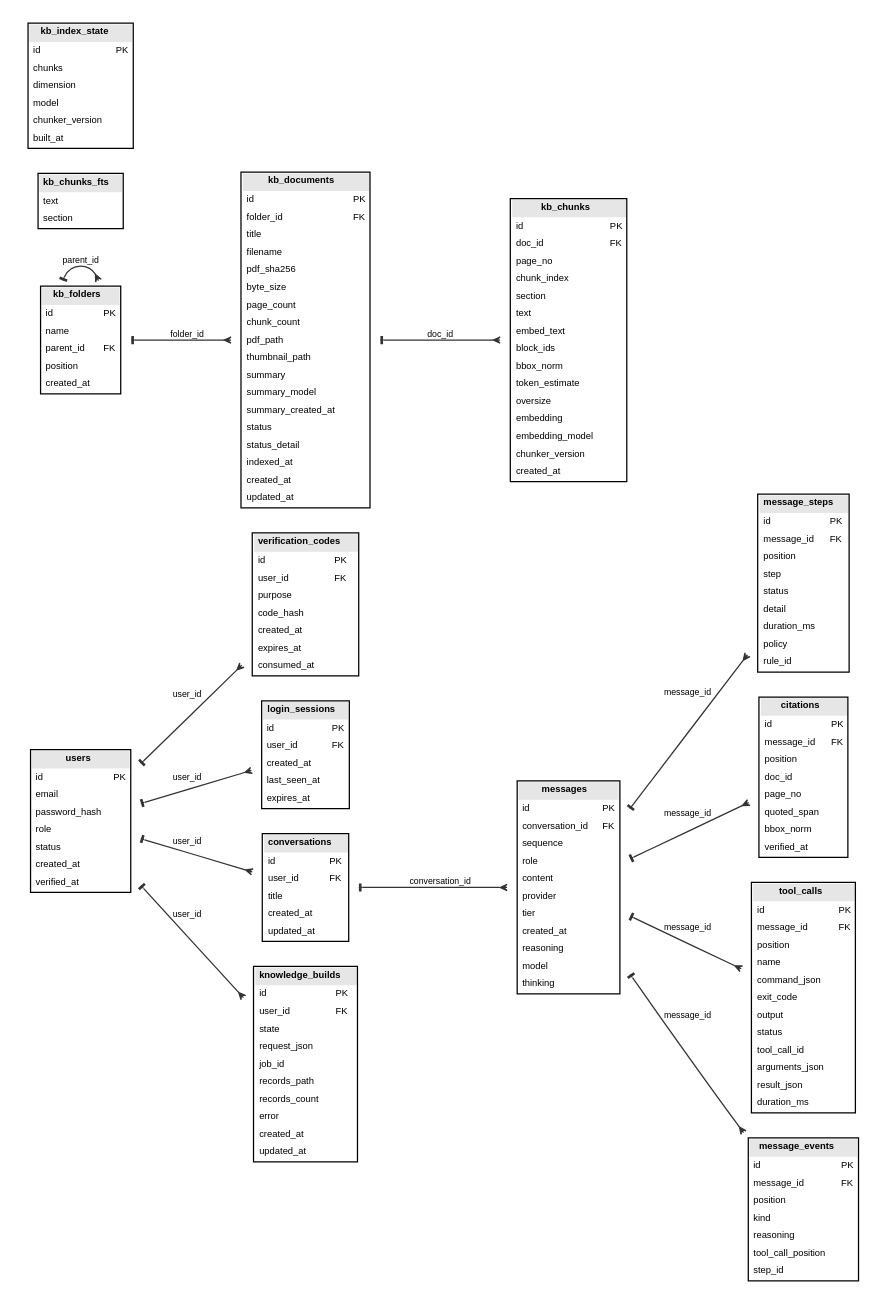
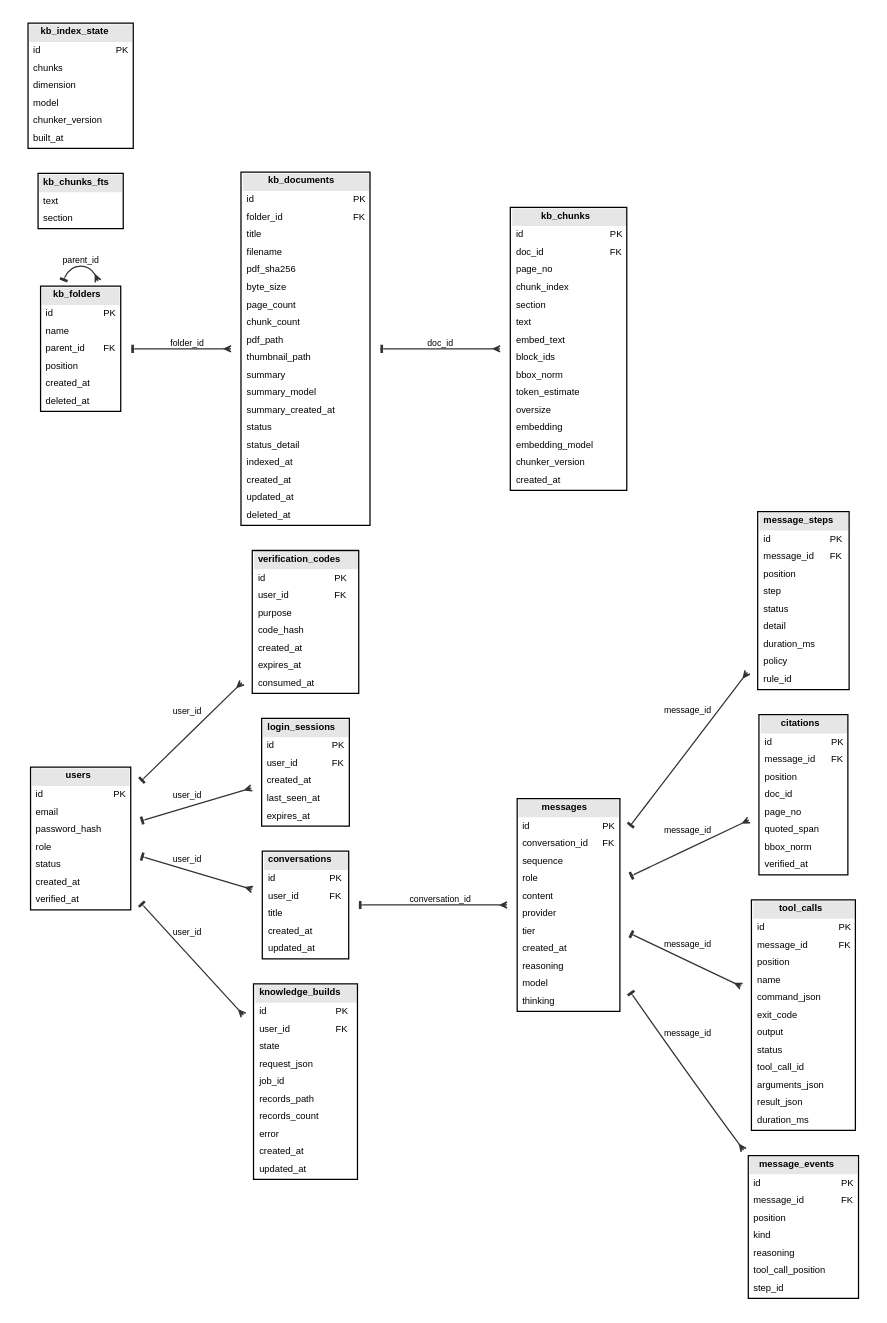
The diagram in docs/figures/physical-db.dot (Kane-LI-0114/verifiable-tutor), drawn with Graphviz before and after one commit. The commit also changed 20 other files, not shown here.

```diff
--- a/docs/figures/physical-db.dot
+++ b/docs/figures/physical-db.dot
@@ -1,193 +1,195 @@
 digraph physical_data_model {
   // Generated by scripts/build_data_model.py from the Storage schema; do not edit.
   graph [rankdir=LR, splines=true, nodesep=0.16, ranksep=0.52, fontname="Helvetica", fontsize=9,
          bgcolor="white", pad=0.10];
   node [fontname="Helvetica", fontsize=7.5, shape=plaintext];
   edge [fontname="Helvetica", fontsize=7, color="#333333", arrowsize=0.55,
         dir=both, arrowtail=tee, arrowhead=crow];
   // Physical SQLite schema. The logical model is docs/figures/prd-er.dot.
   users [label=<<TABLE BORDER="1" CELLBORDER="0" CELLSPACING="0" CELLPADDING="3" BGCOLOR="white">
       <TR><TD BGCOLOR="#e6e6e6" COLSPAN="2"><B>users</B></TD></TR>
       <TR><TD ALIGN="LEFT">id</TD><TD ALIGN="LEFT">PK</TD></TR>
       <TR><TD ALIGN="LEFT">email</TD><TD ALIGN="LEFT"></TD></TR>
       <TR><TD ALIGN="LEFT">password_hash</TD><TD ALIGN="LEFT"></TD></TR>
       <TR><TD ALIGN="LEFT">role</TD><TD ALIGN="LEFT"></TD></TR>
       <TR><TD ALIGN="LEFT">status</TD><TD ALIGN="LEFT"></TD></TR>
       <TR><TD ALIGN="LEFT">created_at</TD><TD ALIGN="LEFT"></TD></TR>
       <TR><TD ALIGN="LEFT">verified_at</TD><TD ALIGN="LEFT"></TD></TR>
     </TABLE>>];
   verification_codes [label=<<TABLE BORDER="1" CELLBORDER="0" CELLSPACING="0" CELLPADDING="3" BGCOLOR="white">
       <TR><TD BGCOLOR="#e6e6e6" COLSPAN="2"><B>verification_codes</B></TD></TR>
       <TR><TD ALIGN="LEFT">id</TD><TD ALIGN="LEFT">PK</TD></TR>
       <TR><TD ALIGN="LEFT">user_id</TD><TD ALIGN="LEFT">FK</TD></TR>
       <TR><TD ALIGN="LEFT">purpose</TD><TD ALIGN="LEFT"></TD></TR>
       <TR><TD ALIGN="LEFT">code_hash</TD><TD ALIGN="LEFT"></TD></TR>
       <TR><TD ALIGN="LEFT">created_at</TD><TD ALIGN="LEFT"></TD></TR>
       <TR><TD ALIGN="LEFT">expires_at</TD><TD ALIGN="LEFT"></TD></TR>
       <TR><TD ALIGN="LEFT">consumed_at</TD><TD ALIGN="LEFT"></TD></TR>
     </TABLE>>];
   login_sessions [label=<<TABLE BORDER="1" CELLBORDER="0" CELLSPACING="0" CELLPADDING="3" BGCOLOR="white">
       <TR><TD BGCOLOR="#e6e6e6" COLSPAN="2"><B>login_sessions</B></TD></TR>
       <TR><TD ALIGN="LEFT">id</TD><TD ALIGN="LEFT">PK</TD></TR>
       <TR><TD ALIGN="LEFT">user_id</TD><TD ALIGN="LEFT">FK</TD></TR>
       <TR><TD ALIGN="LEFT">created_at</TD><TD ALIGN="LEFT"></TD></TR>
       <TR><TD ALIGN="LEFT">last_seen_at</TD><TD ALIGN="LEFT"></TD></TR>
       <TR><TD ALIGN="LEFT">expires_at</TD><TD ALIGN="LEFT"></TD></TR>
     </TABLE>>];
   conversations [label=<<TABLE BORDER="1" CELLBORDER="0" CELLSPACING="0" CELLPADDING="3" BGCOLOR="white">
       <TR><TD BGCOLOR="#e6e6e6" COLSPAN="2"><B>conversations</B></TD></TR>
       <TR><TD ALIGN="LEFT">id</TD><TD ALIGN="LEFT">PK</TD></TR>
       <TR><TD ALIGN="LEFT">user_id</TD><TD ALIGN="LEFT">FK</TD></TR>
       <TR><TD ALIGN="LEFT">title</TD><TD ALIGN="LEFT"></TD></TR>
       <TR><TD ALIGN="LEFT">created_at</TD><TD ALIGN="LEFT"></TD></TR>
       <TR><TD ALIGN="LEFT">updated_at</TD><TD ALIGN="LEFT"></TD></TR>
     </TABLE>>];
   messages [label=<<TABLE BORDER="1" CELLBORDER="0" CELLSPACING="0" CELLPADDING="3" BGCOLOR="white">
       <TR><TD BGCOLOR="#e6e6e6" COLSPAN="2"><B>messages</B></TD></TR>
       <TR><TD ALIGN="LEFT">id</TD><TD ALIGN="LEFT">PK</TD></TR>
       <TR><TD ALIGN="LEFT">conversation_id</TD><TD ALIGN="LEFT">FK</TD></TR>
       <TR><TD ALIGN="LEFT">sequence</TD><TD ALIGN="LEFT"></TD></TR>
       <TR><TD ALIGN="LEFT">role</TD><TD ALIGN="LEFT"></TD></TR>
       <TR><TD ALIGN="LEFT">content</TD><TD ALIGN="LEFT"></TD></TR>
       <TR><TD ALIGN="LEFT">provider</TD><TD ALIGN="LEFT"></TD></TR>
       <TR><TD ALIGN="LEFT">tier</TD><TD ALIGN="LEFT"></TD></TR>
       <TR><TD ALIGN="LEFT">created_at</TD><TD ALIGN="LEFT"></TD></TR>
       <TR><TD ALIGN="LEFT">reasoning</TD><TD ALIGN="LEFT"></TD></TR>
       <TR><TD ALIGN="LEFT">model</TD><TD ALIGN="LEFT"></TD></TR>
       <TR><TD ALIGN="LEFT">thinking</TD><TD ALIGN="LEFT"></TD></TR>
     </TABLE>>];
   message_steps [label=<<TABLE BORDER="1" CELLBORDER="0" CELLSPACING="0" CELLPADDING="3" BGCOLOR="white">
       <TR><TD BGCOLOR="#e6e6e6" COLSPAN="2"><B>message_steps</B></TD></TR>
       <TR><TD ALIGN="LEFT">id</TD><TD ALIGN="LEFT">PK</TD></TR>
       <TR><TD ALIGN="LEFT">message_id</TD><TD ALIGN="LEFT">FK</TD></TR>
       <TR><TD ALIGN="LEFT">position</TD><TD ALIGN="LEFT"></TD></TR>
       <TR><TD ALIGN="LEFT">step</TD><TD ALIGN="LEFT"></TD></TR>
       <TR><TD ALIGN="LEFT">status</TD><TD ALIGN="LEFT"></TD></TR>
       <TR><TD ALIGN="LEFT">detail</TD><TD ALIGN="LEFT"></TD></TR>
       <TR><TD ALIGN="LEFT">duration_ms</TD><TD ALIGN="LEFT"></TD></TR>
       <TR><TD ALIGN="LEFT">policy</TD><TD ALIGN="LEFT"></TD></TR>
       <TR><TD ALIGN="LEFT">rule_id</TD><TD ALIGN="LEFT"></TD></TR>
     </TABLE>>];
   citations [label=<<TABLE BORDER="1" CELLBORDER="0" CELLSPACING="0" CELLPADDING="3" BGCOLOR="white">
       <TR><TD BGCOLOR="#e6e6e6" COLSPAN="2"><B>citations</B></TD></TR>
       <TR><TD ALIGN="LEFT">id</TD><TD ALIGN="LEFT">PK</TD></TR>
       <TR><TD ALIGN="LEFT">message_id</TD><TD ALIGN="LEFT">FK</TD></TR>
       <TR><TD ALIGN="LEFT">position</TD><TD ALIGN="LEFT"></TD></TR>
       <TR><TD ALIGN="LEFT">doc_id</TD><TD ALIGN="LEFT"></TD></TR>
       <TR><TD ALIGN="LEFT">page_no</TD><TD ALIGN="LEFT"></TD></TR>
       <TR><TD ALIGN="LEFT">quoted_span</TD><TD ALIGN="LEFT"></TD></TR>
       <TR><TD ALIGN="LEFT">bbox_norm</TD><TD ALIGN="LEFT"></TD></TR>
       <TR><TD ALIGN="LEFT">verified_at</TD><TD ALIGN="LEFT"></TD></TR>
     </TABLE>>];
   tool_calls [label=<<TABLE BORDER="1" CELLBORDER="0" CELLSPACING="0" CELLPADDING="3" BGCOLOR="white">
       <TR><TD BGCOLOR="#e6e6e6" COLSPAN="2"><B>tool_calls</B></TD></TR>
       <TR><TD ALIGN="LEFT">id</TD><TD ALIGN="LEFT">PK</TD></TR>
       <TR><TD ALIGN="LEFT">message_id</TD><TD ALIGN="LEFT">FK</TD></TR>
       <TR><TD ALIGN="LEFT">position</TD><TD ALIGN="LEFT"></TD></TR>
       <TR><TD ALIGN="LEFT">name</TD><TD ALIGN="LEFT"></TD></TR>
       <TR><TD ALIGN="LEFT">command_json</TD><TD ALIGN="LEFT"></TD></TR>
       <TR><TD ALIGN="LEFT">exit_code</TD><TD ALIGN="LEFT"></TD></TR>
       <TR><TD ALIGN="LEFT">output</TD><TD ALIGN="LEFT"></TD></TR>
       <TR><TD ALIGN="LEFT">status</TD><TD ALIGN="LEFT"></TD></TR>
       <TR><TD ALIGN="LEFT">tool_call_id</TD><TD ALIGN="LEFT"></TD></TR>
       <TR><TD ALIGN="LEFT">arguments_json</TD><TD ALIGN="LEFT"></TD></TR>
       <TR><TD ALIGN="LEFT">result_json</TD><TD ALIGN="LEFT"></TD></TR>
       <TR><TD ALIGN="LEFT">duration_ms</TD><TD ALIGN="LEFT"></TD></TR>
     </TABLE>>];
   message_events [label=<<TABLE BORDER="1" CELLBORDER="0" CELLSPACING="0" CELLPADDING="3" BGCOLOR="white">
       <TR><TD BGCOLOR="#e6e6e6" COLSPAN="2"><B>message_events</B></TD></TR>
       <TR><TD ALIGN="LEFT">id</TD><TD ALIGN="LEFT">PK</TD></TR>
       <TR><TD ALIGN="LEFT">message_id</TD><TD ALIGN="LEFT">FK</TD></TR>
       <TR><TD ALIGN="LEFT">position</TD><TD ALIGN="LEFT"></TD></TR>
       <TR><TD ALIGN="LEFT">kind</TD><TD ALIGN="LEFT"></TD></TR>
       <TR><TD ALIGN="LEFT">reasoning</TD><TD ALIGN="LEFT"></TD></TR>
       <TR><TD ALIGN="LEFT">tool_call_position</TD><TD ALIGN="LEFT"></TD></TR>
       <TR><TD ALIGN="LEFT">step_id</TD><TD ALIGN="LEFT"></TD></TR>
     </TABLE>>];
   knowledge_builds [label=<<TABLE BORDER="1" CELLBORDER="0" CELLSPACING="0" CELLPADDING="3" BGCOLOR="white">
       <TR><TD BGCOLOR="#e6e6e6" COLSPAN="2"><B>knowledge_builds</B></TD></TR>
       <TR><TD ALIGN="LEFT">id</TD><TD ALIGN="LEFT">PK</TD></TR>
       <TR><TD ALIGN="LEFT">user_id</TD><TD ALIGN="LEFT">FK</TD></TR>
       <TR><TD ALIGN="LEFT">state</TD><TD ALIGN="LEFT"></TD></TR>
       <TR><TD ALIGN="LEFT">request_json</TD><TD ALIGN="LEFT"></TD></TR>
       <TR><TD ALIGN="LEFT">job_id</TD><TD ALIGN="LEFT"></TD></TR>
       <TR><TD ALIGN="LEFT">records_path</TD><TD ALIGN="LEFT"></TD></TR>
       <TR><TD ALIGN="LEFT">records_count</TD><TD ALIGN="LEFT"></TD></TR>
       <TR><TD ALIGN="LEFT">error</TD><TD ALIGN="LEFT"></TD></TR>
       <TR><TD ALIGN="LEFT">created_at</TD><TD ALIGN="LEFT"></TD></TR>
       <TR><TD ALIGN="LEFT">updated_at</TD><TD ALIGN="LEFT"></TD></TR>
     </TABLE>>];
   kb_folders [label=<<TABLE BORDER="1" CELLBORDER="0" CELLSPACING="0" CELLPADDING="3" BGCOLOR="white">
       <TR><TD BGCOLOR="#e6e6e6" COLSPAN="2"><B>kb_folders</B></TD></TR>
       <TR><TD ALIGN="LEFT">id</TD><TD ALIGN="LEFT">PK</TD></TR>
       <TR><TD ALIGN="LEFT">name</TD><TD ALIGN="LEFT"></TD></TR>
       <TR><TD ALIGN="LEFT">parent_id</TD><TD ALIGN="LEFT">FK</TD></TR>
       <TR><TD ALIGN="LEFT">position</TD><TD ALIGN="LEFT"></TD></TR>
       <TR><TD ALIGN="LEFT">created_at</TD><TD ALIGN="LEFT"></TD></TR>
+      <TR><TD ALIGN="LEFT">deleted_at</TD><TD ALIGN="LEFT"></TD></TR>
     </TABLE>>];
   kb_documents [label=<<TABLE BORDER="1" CELLBORDER="0" CELLSPACING="0" CELLPADDING="3" BGCOLOR="white">
       <TR><TD BGCOLOR="#e6e6e6" COLSPAN="2"><B>kb_documents</B></TD></TR>
       <TR><TD ALIGN="LEFT">id</TD><TD ALIGN="LEFT">PK</TD></TR>
       <TR><TD ALIGN="LEFT">folder_id</TD><TD ALIGN="LEFT">FK</TD></TR>
       <TR><TD ALIGN="LEFT">title</TD><TD ALIGN="LEFT"></TD></TR>
       <TR><TD ALIGN="LEFT">filename</TD><TD ALIGN="LEFT"></TD></TR>
       <TR><TD ALIGN="LEFT">pdf_sha256</TD><TD ALIGN="LEFT"></TD></TR>
       <TR><TD ALIGN="LEFT">byte_size</TD><TD ALIGN="LEFT"></TD></TR>
       <TR><TD ALIGN="LEFT">page_count</TD><TD ALIGN="LEFT"></TD></TR>
       <TR><TD ALIGN="LEFT">chunk_count</TD><TD ALIGN="LEFT"></TD></TR>
       <TR><TD ALIGN="LEFT">pdf_path</TD><TD ALIGN="LEFT"></TD></TR>
       <TR><TD ALIGN="LEFT">thumbnail_path</TD><TD ALIGN="LEFT"></TD></TR>
       <TR><TD ALIGN="LEFT">summary</TD><TD ALIGN="LEFT"></TD></TR>
       <TR><TD ALIGN="LEFT">summary_model</TD><TD ALIGN="LEFT"></TD></TR>
       <TR><TD ALIGN="LEFT">summary_created_at</TD><TD ALIGN="LEFT"></TD></TR>
       <TR><TD ALIGN="LEFT">status</TD><TD ALIGN="LEFT"></TD></TR>
       <TR><TD ALIGN="LEFT">status_detail</TD><TD ALIGN="LEFT"></TD></TR>
       <TR><TD ALIGN="LEFT">indexed_at</TD><TD ALIGN="LEFT"></TD></TR>
       <TR><TD ALIGN="LEFT">created_at</TD><TD ALIGN="LEFT"></TD></TR>
       <TR><TD ALIGN="LEFT">updated_at</TD><TD ALIGN="LEFT"></TD></TR>
+      <TR><TD ALIGN="LEFT">deleted_at</TD><TD ALIGN="LEFT"></TD></TR>
     </TABLE>>];
   kb_chunks [label=<<TABLE BORDER="1" CELLBORDER="0" CELLSPACING="0" CELLPADDING="3" BGCOLOR="white">
       <TR><TD BGCOLOR="#e6e6e6" COLSPAN="2"><B>kb_chunks</B></TD></TR>
       <TR><TD ALIGN="LEFT">id</TD><TD ALIGN="LEFT">PK</TD></TR>
       <TR><TD ALIGN="LEFT">doc_id</TD><TD ALIGN="LEFT">FK</TD></TR>
       <TR><TD ALIGN="LEFT">page_no</TD><TD ALIGN="LEFT"></TD></TR>
       <TR><TD ALIGN="LEFT">chunk_index</TD><TD ALIGN="LEFT"></TD></TR>
       <TR><TD ALIGN="LEFT">section</TD><TD ALIGN="LEFT"></TD></TR>
       <TR><TD ALIGN="LEFT">text</TD><TD ALIGN="LEFT"></TD></TR>
       <TR><TD ALIGN="LEFT">embed_text</TD><TD ALIGN="LEFT"></TD></TR>
       <TR><TD ALIGN="LEFT">block_ids</TD><TD ALIGN="LEFT"></TD></TR>
       <TR><TD ALIGN="LEFT">bbox_norm</TD><TD ALIGN="LEFT"></TD></TR>
       <TR><TD ALIGN="LEFT">token_estimate</TD><TD ALIGN="LEFT"></TD></TR>
       <TR><TD ALIGN="LEFT">oversize</TD><TD ALIGN="LEFT"></TD></TR>
       <TR><TD ALIGN="LEFT">embedding</TD><TD ALIGN="LEFT"></TD></TR>
       <TR><TD ALIGN="LEFT">embedding_model</TD><TD ALIGN="LEFT"></TD></TR>
       <TR><TD ALIGN="LEFT">chunker_version</TD><TD ALIGN="LEFT"></TD></TR>
       <TR><TD ALIGN="LEFT">created_at</TD><TD ALIGN="LEFT"></TD></TR>
     </TABLE>>];
   kb_chunks_fts [label=<<TABLE BORDER="1" CELLBORDER="0" CELLSPACING="0" CELLPADDING="3" BGCOLOR="white">
       <TR><TD BGCOLOR="#e6e6e6" COLSPAN="2"><B>kb_chunks_fts</B></TD></TR>
       <TR><TD ALIGN="LEFT">text</TD><TD ALIGN="LEFT"></TD></TR>
       <TR><TD ALIGN="LEFT">section</TD><TD ALIGN="LEFT"></TD></TR>
     </TABLE>>];
   kb_index_state [label=<<TABLE BORDER="1" CELLBORDER="0" CELLSPACING="0" CELLPADDING="3" BGCOLOR="white">
       <TR><TD BGCOLOR="#e6e6e6" COLSPAN="2"><B>kb_index_state</B></TD></TR>
       <TR><TD ALIGN="LEFT">id</TD><TD ALIGN="LEFT">PK</TD></TR>
       <TR><TD ALIGN="LEFT">chunks</TD><TD ALIGN="LEFT"></TD></TR>
       <TR><TD ALIGN="LEFT">dimension</TD><TD ALIGN="LEFT"></TD></TR>
       <TR><TD ALIGN="LEFT">model</TD><TD ALIGN="LEFT"></TD></TR>
       <TR><TD ALIGN="LEFT">chunker_version</TD><TD ALIGN="LEFT"></TD></TR>
       <TR><TD ALIGN="LEFT">built_at</TD><TD ALIGN="LEFT"></TD></TR>
     </TABLE>>];
   users -> verification_codes [label="user_id"];
   users -> login_sessions [label="user_id"];
   users -> conversations [label="user_id"];
   conversations -> messages [label="conversation_id"];
   messages -> message_steps [label="message_id"];
   messages -> citations [label="message_id"];
   messages -> tool_calls [label="message_id"];
   messages -> message_events [label="message_id"];
   users -> knowledge_builds [label="user_id"];
   kb_folders -> kb_folders [label="parent_id"];
   kb_folders -> kb_documents [label="folder_id"];
   kb_documents -> kb_chunks [label="doc_id"];
 }
```
